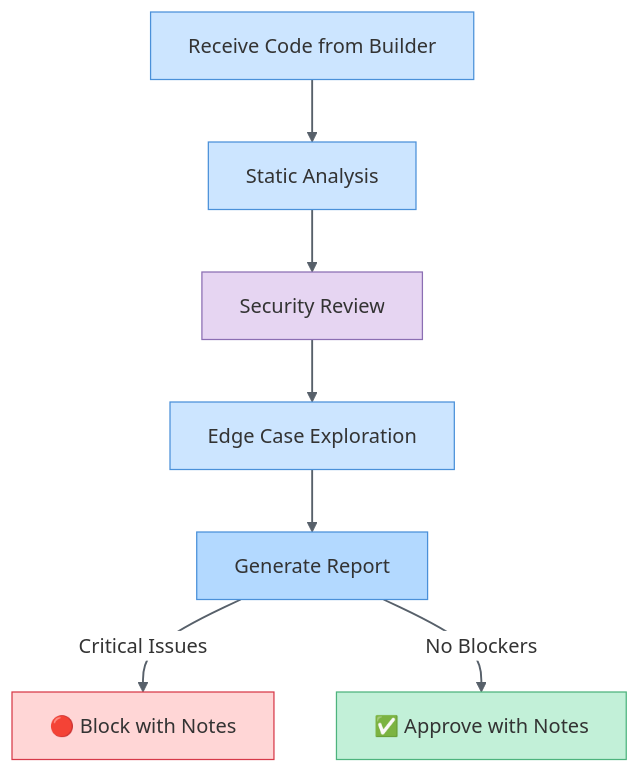
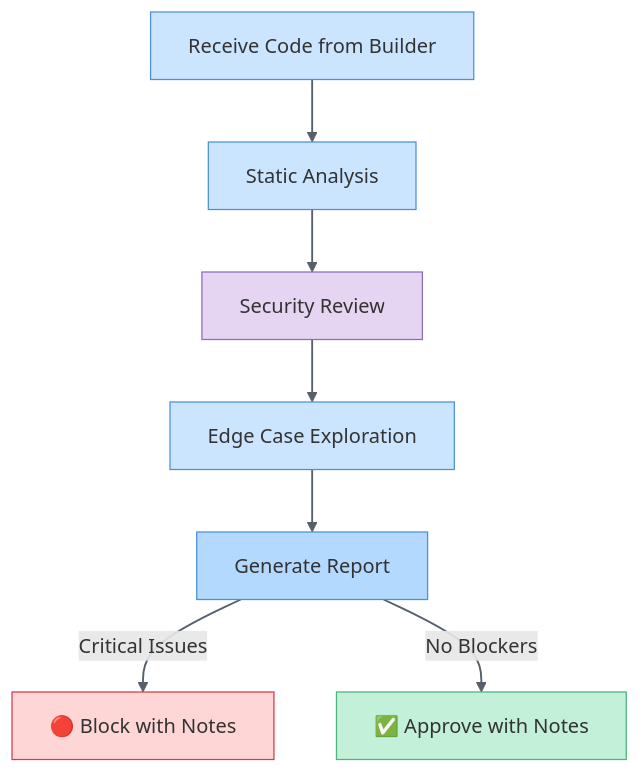
Before and after one commit to fabioc-aloha/Alex_Plug_In: the diagram in .github/agents/alex-validator.agent.md, drawn with Mermaid. The commit also changed 1238 other files, not shown here.

````diff
--- a/.github/agents/alex-validator.agent.md
+++ b/.github/agents/alex-validator.agent.md
@@ -126,20 +126,19 @@
 ```mermaid
-%%{init: {'theme': 'base', 'themeVariables': { 'primaryColor': '#cce5ff', 'primaryTextColor': '#333', 'lineColor': '#666', 'edgeLabelBackground': '#ffffff'}}}%%
 flowchart TD
     RECEIVE["Receive Code  from Builder"] --> SCAN["Static  Analysis"]
     SCAN --> SECURITY["Security  Review"]
     SECURITY --> EDGE["Edge Case  Exploration"]
     EDGE --> REPORT["Generate  Report"]
     REPORT -->|Critical Issues| BLOCK["🔴 Block  with Notes"]
     REPORT -->|No Blockers| APPROVE["✅ Approve  with Notes"]
     
     style RECEIVE fill:#cce5ff,stroke:#4a90d9,color:#333
     style SCAN fill:#cce5ff,stroke:#4a90d9,color:#333
     style SECURITY fill:#e6d5f2,stroke:#8b6eb3,color:#333
     style EDGE fill:#cce5ff,stroke:#4a90d9,color:#333
     style REPORT fill:#b3d9ff,stroke:#4a90d9,color:#333
     style BLOCK fill:#ffd6d6,stroke:#d73a49,color:#333
     style APPROVE fill:#c2f0d8,stroke:#4db37d,color:#333
     
     linkStyle default stroke:#57606a,stroke-width:1.5px
 ```
````
